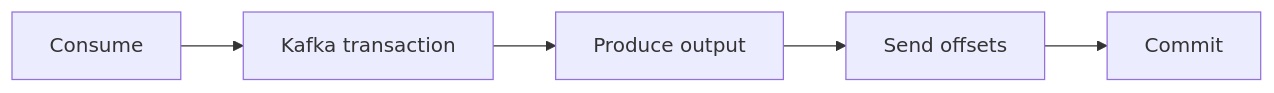
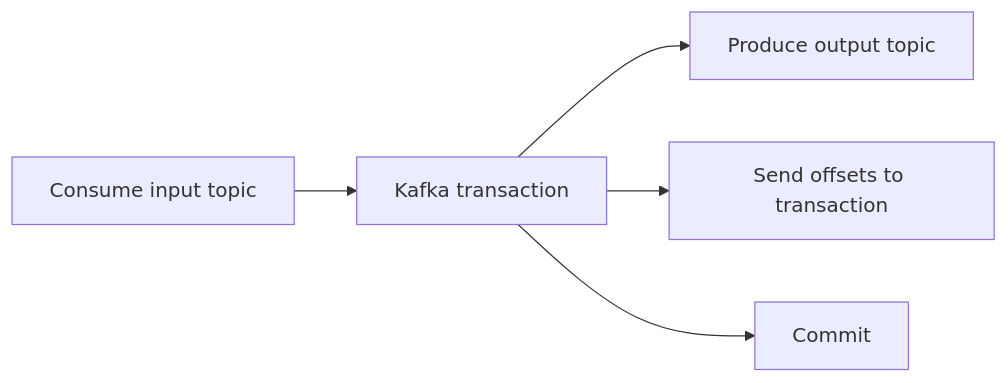
The diagram in _posts/2026-06-07-kafka-exactly-once-practical-semantics-part-1.md (sandeepbhardwaj/sandeepbhardwaj.github.io), drawn with Mermaid before and after one commit. The commit also changed other lines of this file and 113 other files, not shown here.

````diff
--- a/_posts/2026-06-07-kafka-exactly-once-practical-semantics-part-1.md
+++ b/_posts/2026-06-07-kafka-exactly-once-practical-semantics-part-1.md
@@ -127,7 +40,7 @@
-        ```mermaid
+```mermaid
 flowchart LR
-    A[Consume] --> B[Kafka transaction]
-    B --> C[Produce output]
-    C --> D[Send offsets]
-    D --> E[Commit]
+    A[Consume input topic] --> B[Kafka transaction]
+    B --> C[Produce output topic]
+    B --> D[Send offsets to transaction]
+    B --> E[Commit]
 ```
````
